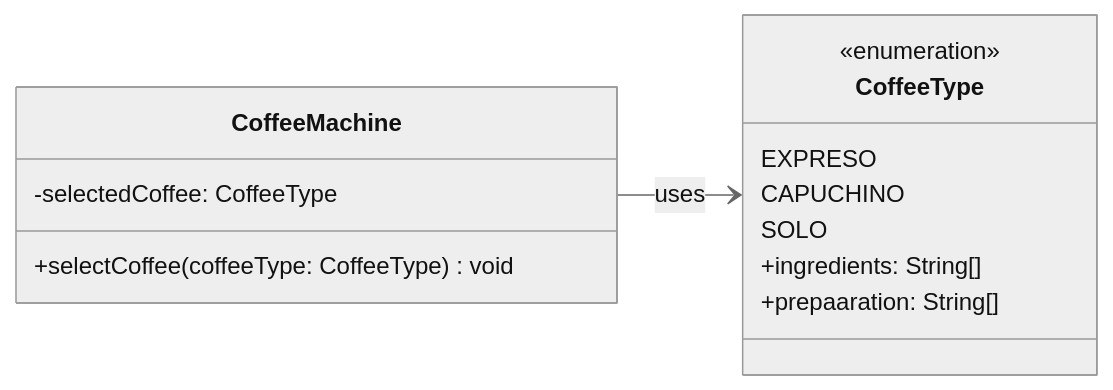
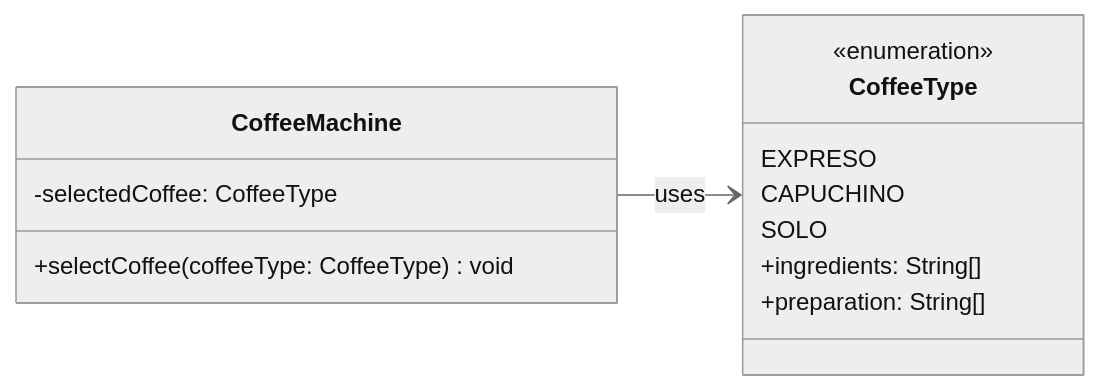
The third of 3 diagrams in README.md (anxovaz/maquina-cafe), drawn with Mermaid (neutral theme) before and after one commit. The commit also changed 1 other file, not shown here.

Commit message:
Fix typo prepaaration -> preparation

````diff
--- a/README.md
+++ b/README.md
@@ -91,20 +91,20 @@
 ```mermaid
 classDiagram
     direction LR
 
     class CoffeeMachine {
         -selectedCoffee: CoffeeType
         +selectCoffee(coffeeType: CoffeeType) void
     }
 
     class CoffeeType {
         <<enumeration>>
         EXPRESO
         CAPUCHINO
         SOLO
         +ingredients: String[]
-        +prepaaration: String[]
+        +preparation: String[]
     }
 
     CoffeeMachine --> CoffeeType : uses
 ```
````
